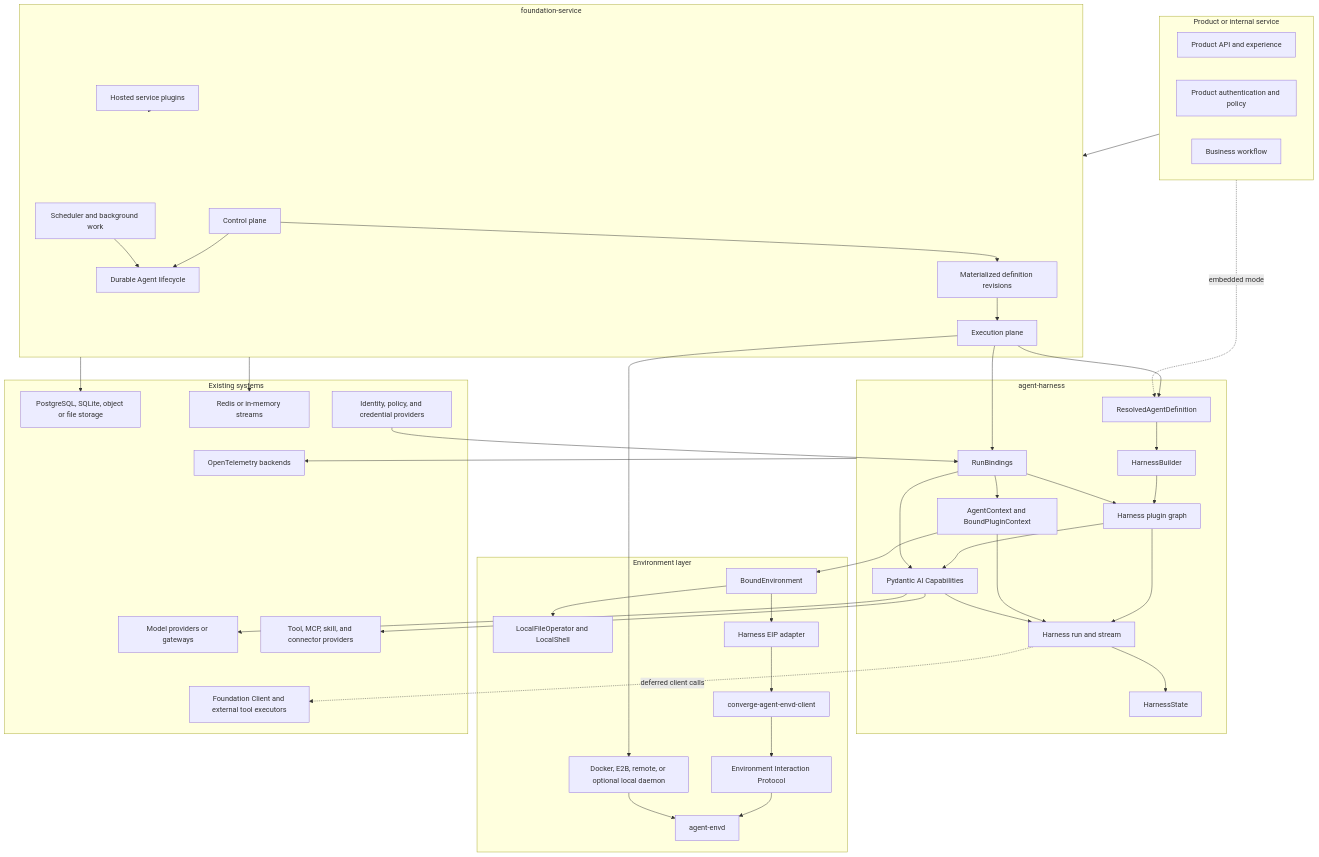
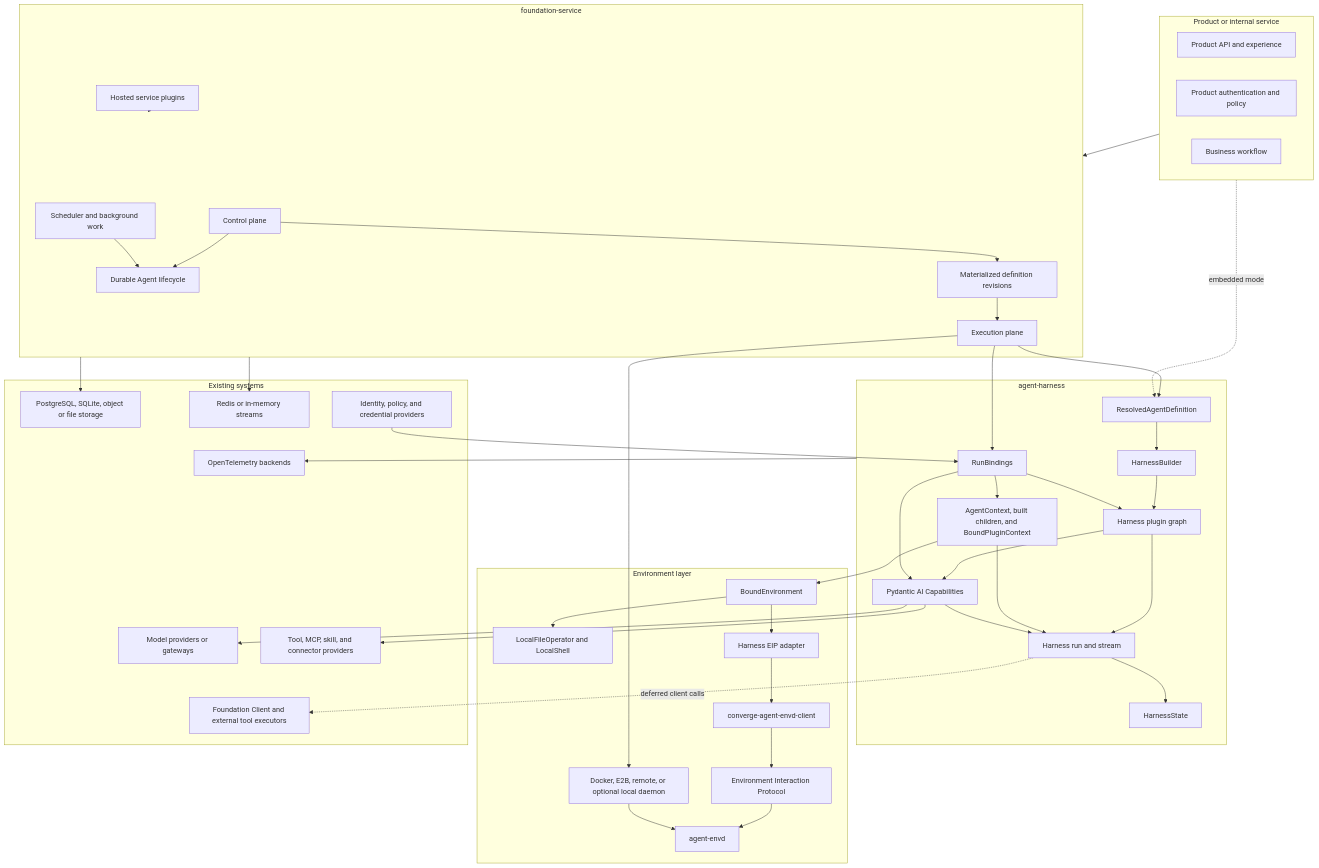
The first of 4 diagrams in spec/README.md (LTThreeComma/agent-foundation), drawn with Mermaid before and after one commit. The commit also changed other lines of this file and 19 other files, not shown here.

````diff
--- a/spec/README.md
+++ b/spec/README.md
@@ -17,68 +17,68 @@
 ```mermaid
 flowchart TB
     subgraph Product[Product or internal service]
         API[Product API and experience]
         Policy[Product authentication and policy]
         Workflow[Business workflow]
     end
 
     subgraph Service[foundation-service]
         Control[Control plane]
         Definitions[Materialized definition revisions]
         Execution[Execution plane]
         Lifecycle[Durable Agent lifecycle]
         Scheduler[Scheduler and background work]
         ServicePlugins[Hosted service plugins]
     end
 
     subgraph Harness[agent-harness]
         Plan[ResolvedAgentDefinition]
         Builder[HarnessBuilder]
         Plugins[Harness plugin graph]
         Bindings[RunBindings]
-        Context[AgentContext and BoundPluginContext]
+        Context[AgentContext, built children, and BoundPluginContext]
         Capabilities[Pydantic AI Capabilities]
         Run[Harness run and stream]
         State[HarnessState]
     end
 
     subgraph Environment[Environment layer]
         Bound[BoundEnvironment]
         Local[LocalFileOperator and LocalShell]
         EIPAdapter[Harness EIP adapter]
         EIPClient[converge-agent-envd-client]
         EIP[Environment Interaction Protocol]
         Envd[agent-envd]
         ProviderProfiles[Docker, E2B, remote, or optional local daemon]
     end
 
     subgraph External[Existing systems]
         Models[Model providers or gateways]
         Tools[Tool, MCP, skill, and connector providers]
         Stores[PostgreSQL, SQLite, object or file storage]
         Streams[Redis or in-memory streams]
         Identity[Identity, policy, and credential providers]
         Clients[Foundation Client and external tool executors]
         OTel[OpenTelemetry backends]
     end
 
     Product --> Service
     Product -. embedded mode .-> Plan
     Control --> Definitions --> Execution
     Control --> Lifecycle
     Scheduler --> Lifecycle
     ServicePlugins --> Service
     Execution --> Plan --> Builder --> Plugins --> Capabilities
     Execution --> Bindings
     Identity --> Bindings
     Bindings --> Plugins & Context & Capabilities
     Plugins & Context & Capabilities --> Run --> State
     Capabilities --> Models & Tools
     Run -. deferred client calls .-> Clients
     Context --> Bound
     Bound --> Local
     Bound --> EIPAdapter --> EIPClient --> EIP --> Envd
     Execution --> ProviderProfiles --> Envd
     Service --> Stores & Streams
     Harness --> OTel
 ```
````
